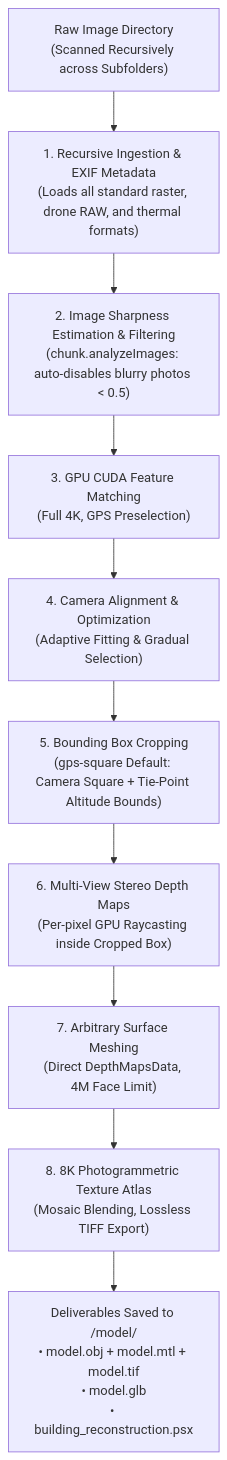
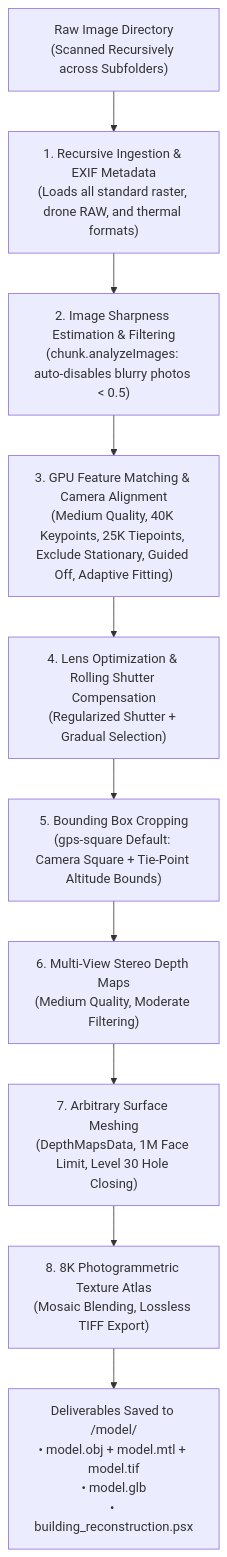
Before and after one commit to ngviettam82/AutoMetashape: the diagram in skills/user/image-to-3d-model/SKILL.md, drawn with Mermaid. The commit also changed other lines of this file and 1 other file, not shown here.

Commit message:
feat: Configure medium alignment and depth map quality with 1M faces and rolling shutter compensation

````diff
--- a/skills/user/image-to-3d-model/SKILL.md
+++ b/skills/user/image-to-3d-model/SKILL.md
@@ -35,12 +36,12 @@
 ```mermaid
 flowchart TD
     A["Raw Image Directory<br/>(Scanned Recursively across Subfolders)"] --> B["1. Recursive Ingestion & EXIF Metadata<br/>(Loads all standard raster, drone RAW, and thermal formats)"]
     B --> C["2. Image Sharpness Estimation & Filtering<br/>(chunk.analyzeImages: auto-disables blurry photos < 0.5)"]
-    C --> D["3. GPU CUDA Feature Matching<br/>(Full 4K, GPS Preselection)"]
-    D --> E["4. Camera Alignment & Optimization<br/>(Adaptive Fitting & Gradual Selection)"]
+    C --> D["3. GPU Feature Matching & Camera Alignment<br/>(Medium Quality, 40K Keypoints, 25K Tiepoints, Exclude Stationary, Guided Off, Adaptive Fitting)"]
+    D --> E["4. Lens Optimization & Rolling Shutter Compensation<br/>(Regularized Shutter + Gradual Selection)"]
     E --> F["5. Bounding Box Cropping<br/>(gps-square Default: Camera Square + Tie-Point Altitude Bounds)"]
-    F --> G["6. Multi-View Stereo Depth Maps<br/>(Per-pixel GPU Raycasting inside Cropped Box)"]
-    G --> H["7. Arbitrary Surface Meshing<br/>(Direct DepthMapsData, 4M Face Limit)"]
+    F --> G["6. Multi-View Stereo Depth Maps<br/>(Medium Quality, Moderate Filtering)"]
+    G --> H["7. Arbitrary Surface Meshing<br/>(DepthMapsData, 1M Face Limit, Level 30 Hole Closing)"]
     H --> I["8. 8K Photogrammetric Texture Atlas<br/>(Mosaic Blending, Lossless TIFF Export)"]
     I --> J["Deliverables Saved to <images_dir>/model/<br/>• model.obj + model.mtl + model.tif<br/>• model.glb<br/>• building_reconstruction.psx"]
 ```
````
